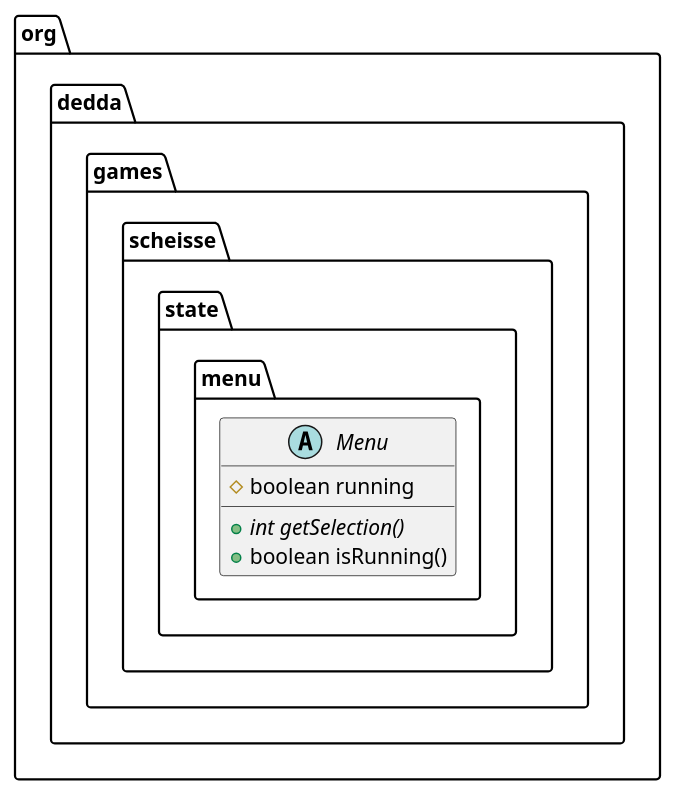
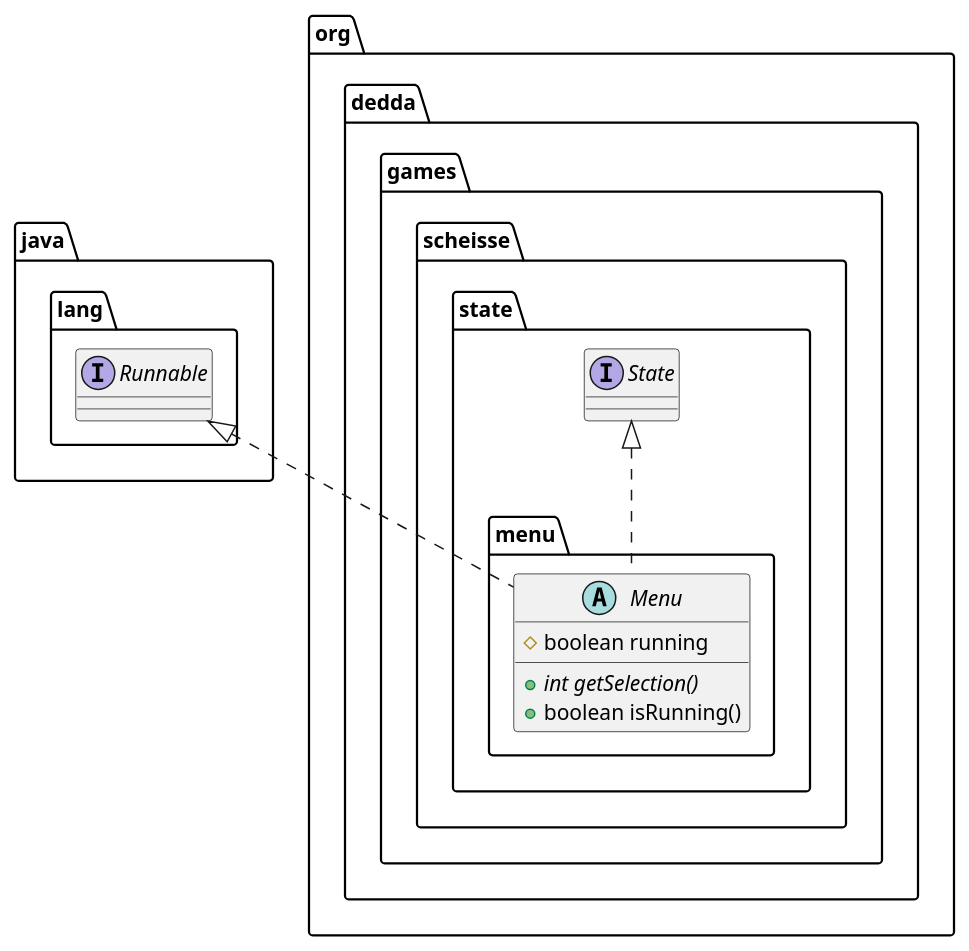
The diagram in uml/classes/org.dedda.games.scheisse.state.menu.Menu.puml (gitter-badger/scheisse), drawn with PlantUML before and after one commit. The commit also changed 14 other files, not shown here.

Commit message:
extended puml class diagram a bit

```diff
--- a/uml/classes/org.dedda.games.scheisse.state.menu.Menu.puml
+++ b/uml/classes/org.dedda.games.scheisse.state.menu.Menu.puml
@@ -1,7 +1,13 @@
 @startuml
+interface java.lang.Runnable
+interface org.dedda.games.scheisse.state.State
+
 abstract class org.dedda.games.scheisse.state.menu.Menu{
     # boolean running
     + {abstract} int getSelection()
     + boolean isRunning()
 }
+
+java.lang.Runnable <|.. org.dedda.games.scheisse.state.menu.Menu
+org.dedda.games.scheisse.state.State <|.. org.dedda.games.scheisse.state.menu.Menu
 @enduml
```
